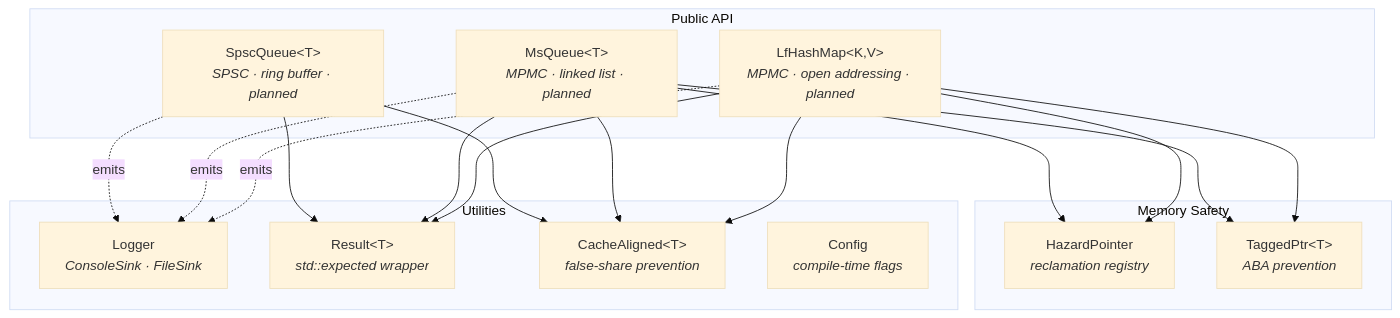
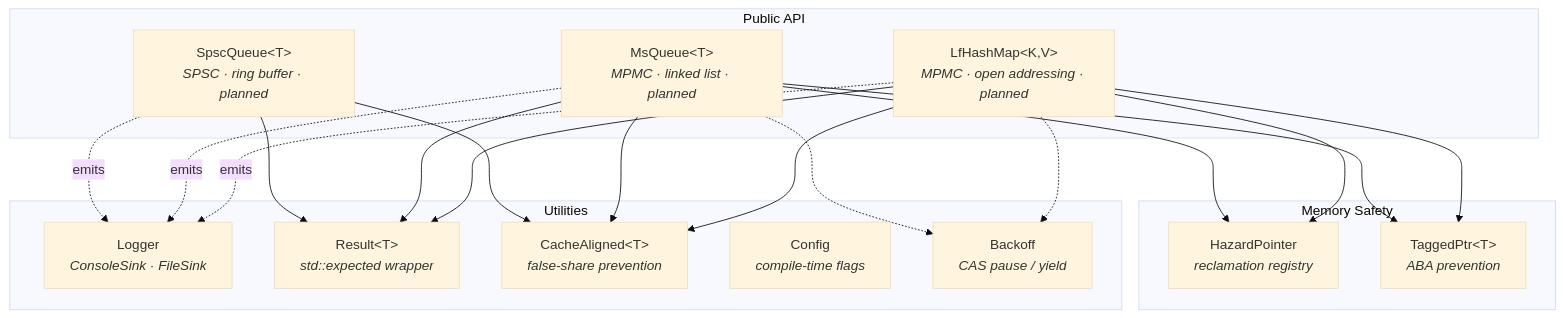
One commit to salgue441/quark changed the first of 3 diagrams in README.md. Above: the diagram before and after it, drawn with Mermaid (base theme). The commit also changed other lines of this file and 19 other files, not shown here.

````diff
--- a/README.md
+++ b/README.md
@@ -54,37 +54,41 @@
 ```mermaid
 graph TB
     subgraph Public API
         SPSC["SpscQueue&lt;T&gt;<br/><i>SPSC · ring buffer · planned</i>"]
         MSQ["MsQueue&lt;T&gt;<br/><i>MPMC · linked list · planned</i>"]
         HM["LfHashMap&lt;K,V&gt;<br/><i>MPMC · open addressing · planned</i>"]
     end
 
     subgraph Memory Safety
         HP["HazardPointer<br/><i>reclamation registry</i>"]
         TP["TaggedPtr&lt;T&gt;<br/><i>ABA prevention</i>"]
     end
 
     subgraph Utilities
         LOG["Logger<br/><i>ConsoleSink · FileSink</i>"]
         ERR["Result&lt;T&gt;<br/><i>std::expected wrapper</i>"]
         ARCH["CacheAligned&lt;T&gt;<br/><i>false-share prevention</i>"]
         CFG["Config<br/><i>compile-time flags</i>"]
+        BO["Backoff<br/><i>CAS pause / yield</i>"]
     end
 
     MSQ --> HP
     MSQ --> TP
     HM  --> HP
     HM  --> TP
 
     SPSC --> ARCH
     MSQ  --> ARCH
     HM   --> ARCH
 
     SPSC --> ERR
     MSQ  --> ERR
     HM   --> ERR
 
     SPSC -.->|"emits"| LOG
     MSQ  -.->|"emits"| LOG
     HM   -.->|"emits"| LOG
+
+    MSQ -.-> BO
+    HM  -.-> BO
 ```
````
